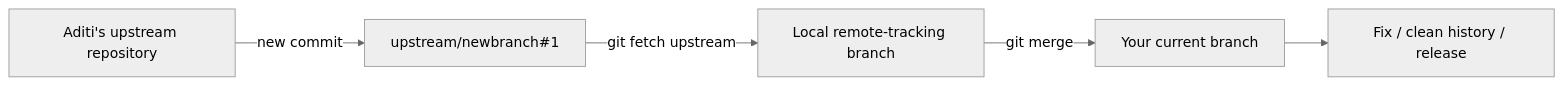
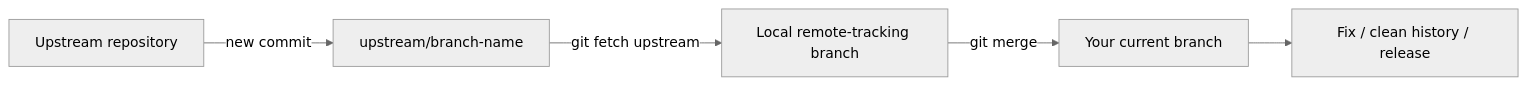
One commit to aditiakansha/speaker_flow changed the diagram in section4.md. Above: the diagram before and after it, drawn with Mermaid (neutral theme). The commit also changed other lines of this file, not shown here.

````diff
--- a/section4.md
+++ b/section4.md
@@ -31,7 +28,7 @@
 ```mermaid
 flowchart LR
-    A[Aditi's upstream repository] -->|new commit| B[upstream/newbranch#1]
+    A[Upstream repository] -->|new commit| B[upstream/branch-name]
     B -->|git fetch upstream| C[Local remote-tracking branch]
     C -->|git merge| D[Your current branch]
     D --> E[Fix / clean history / release]
 ```
````
